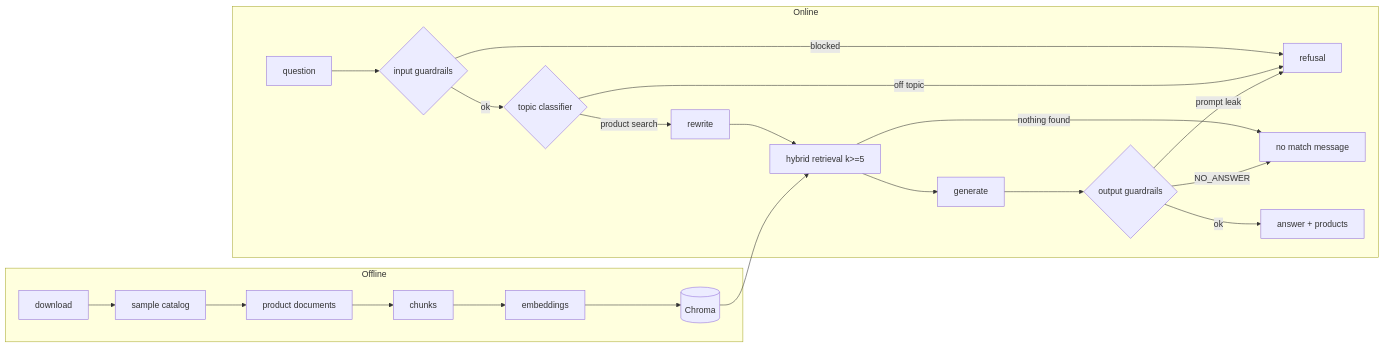
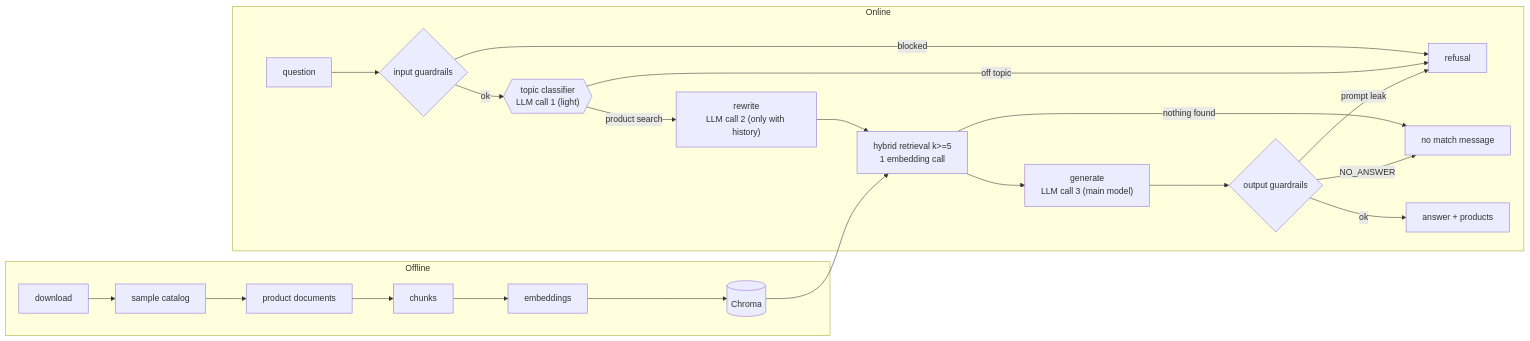
One commit to fsystemweb/rag-ecommerce changed the diagram in docs/architecture.md. Above: the diagram before and after it, drawn with Mermaid. The commit also changed other lines of this file and 1 other file, not shown here.

Commit message:
Show LLM calls per question in the diagrams and architecture page

````diff
--- a/docs/architecture.md
+++ b/docs/architecture.md
@@ -3,18 +3,18 @@
 ```mermaid
 flowchart LR
   subgraph Offline
     A[download] --> B[sample catalog] --> C[product documents] --> D[chunks] --> E[embeddings] --> F[(Chroma)]
   end
   subgraph Online
     Q[question] --> IG{input guardrails}
     IG -- blocked --> REF[refusal]
-    IG -- ok --> TC{topic classifier}
+    IG -- ok --> TC{{"topic classifier<br/>LLM call 1 (light)"}}
     TC -- off topic --> REF
-    TC -- product search --> R[rewrite] --> H[hybrid retrieval k>=5] --> G[generate] --> OG{output guardrails}
+    TC -- product search --> R["rewrite<br/>LLM call 2 (only with history)"] --> H["hybrid retrieval k>=5<br/>1 embedding call"] --> G["generate<br/>LLM call 3 (main model)"] --> OG{output guardrails}
     H -- nothing found --> NM[no match message]
     OG -- NO_ANSWER --> NM
     OG -- prompt leak --> REF
     OG -- ok --> ANS[answer + products]
   end
   F --> H
 ```
````
